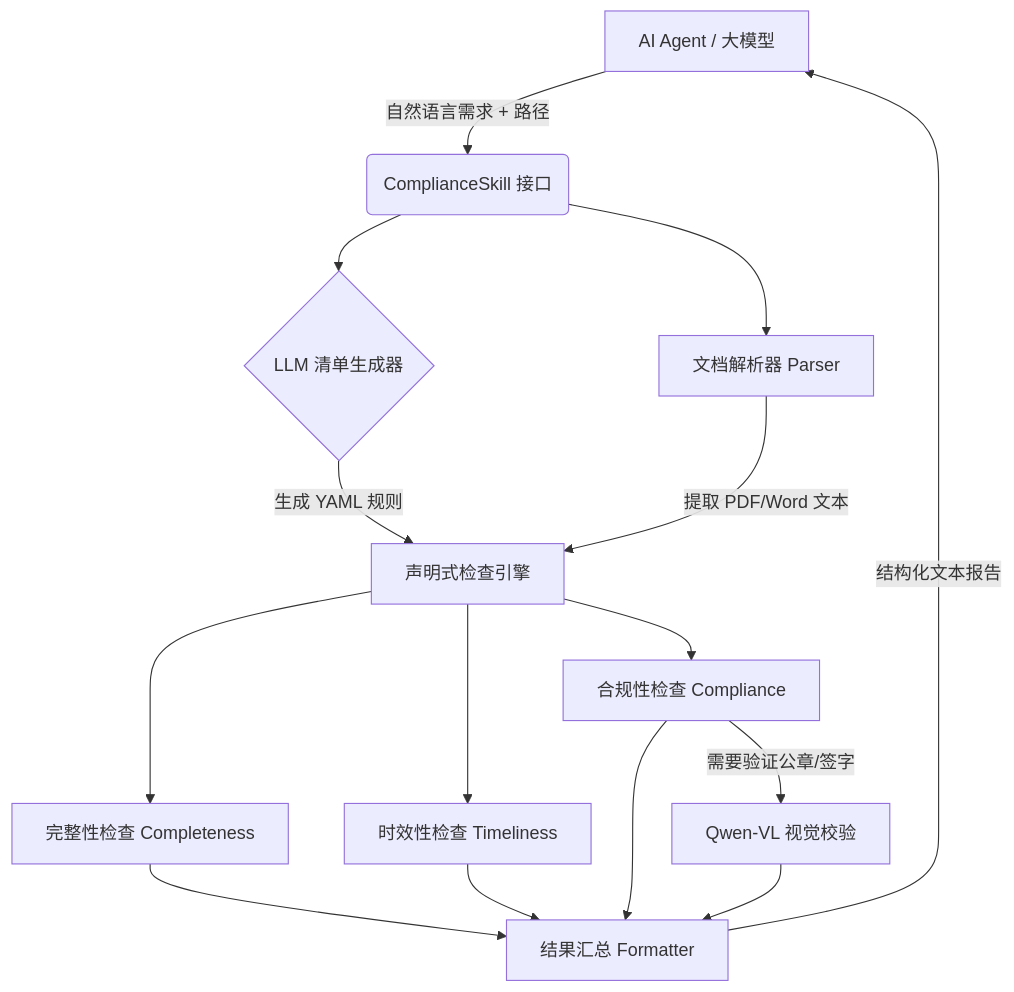
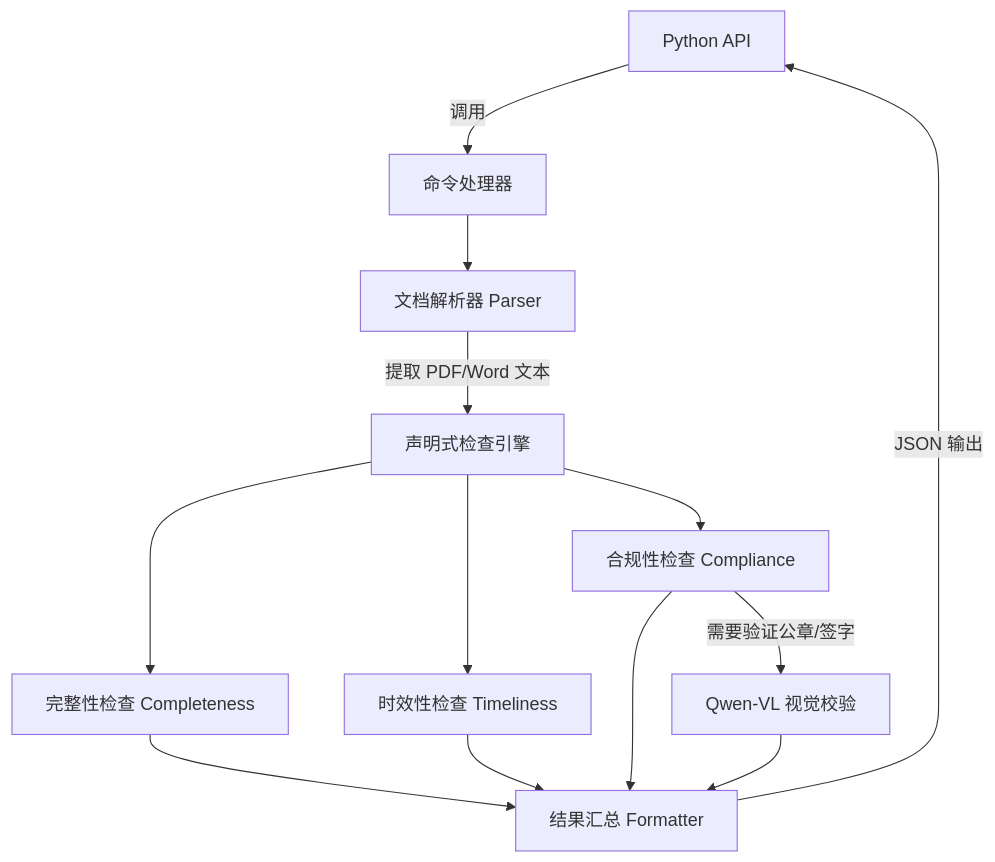
Before and after one commit to evob-z/compliance_checker_light: the diagram in README.md, drawn with Mermaid. The commit also changed other lines of this file and 9 other files, not shown here.

````diff
--- a/README.md
+++ b/README.md
@@ -31,22 +29,19 @@
 ```mermaid
 graph TD
-    A[AI Agent / 大模型] -->|自然语言需求 + 路径| B(ComplianceSkill 接口)
-    B --> C{LLM 清单生成器}
-    C -->|生成 YAML 规则| D[声明式检查引擎]
+    A[Python API] -->|调用| B[命令处理器]
+    B --> C[文档解析器 Parser]
+    C -->|提取 PDF/Word 文本| D[声明式检查引擎]
     
-    B --> E[文档解析器 Parser]
-    E -->|提取 PDF/Word 文本| D
+    D --> E[完整性检查 Completeness]
+    D --> F[时效性检查 Timeliness]
+    D --> G[合规性检查 Compliance]
     
-    D --> F[完整性检查 Completeness]
-    D --> G[时效性检查 Timeliness]
-    D --> H[合规性检查 Compliance]
+    G -->|需要验证公章/签字| H[Qwen-VL 视觉校验]
     
-    H -->|需要验证公章/签字| I[Qwen-VL 视觉校验]
+    E --> I[结果汇总 Formatter]
+    F --> I
+    G --> I
+    H --> I
     
-    F --> J[结果汇总 Formatter]
-    G --> J
-    H --> J
-    I --> J
-    
-    J -->|结构化文本报告| A
+    I -->|JSON 输出| A
 ```
````
